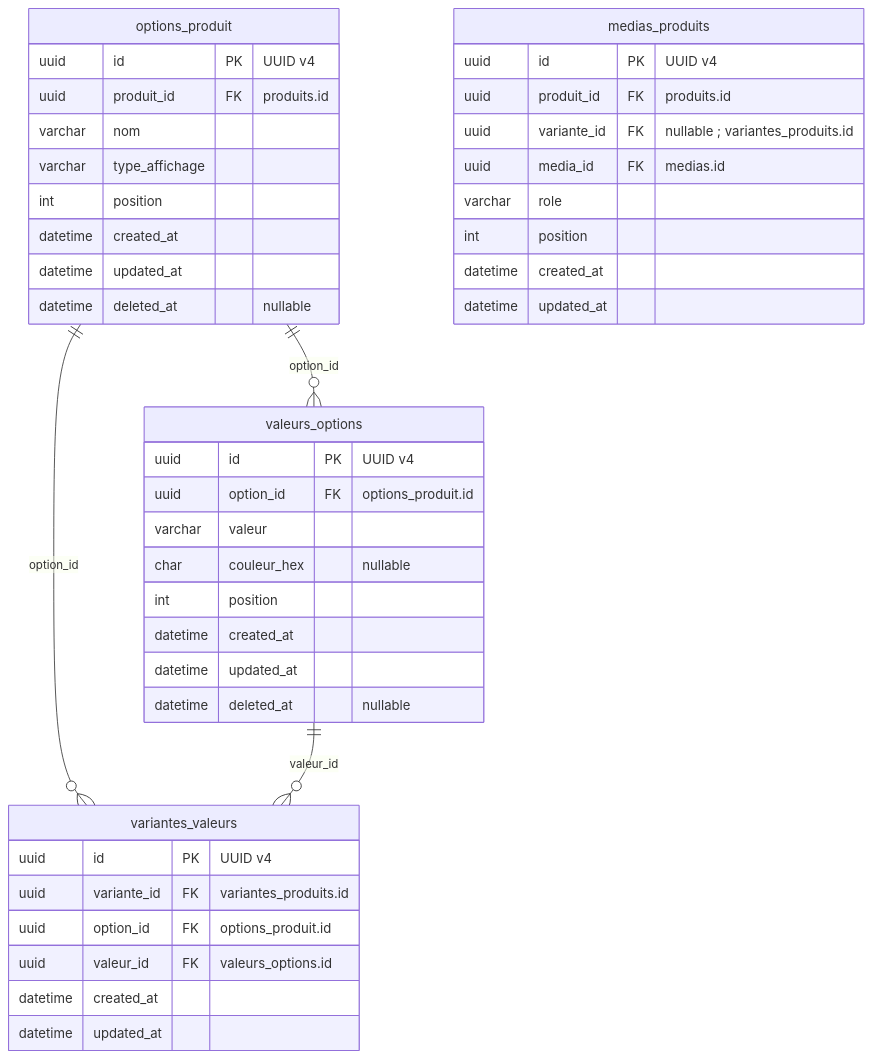
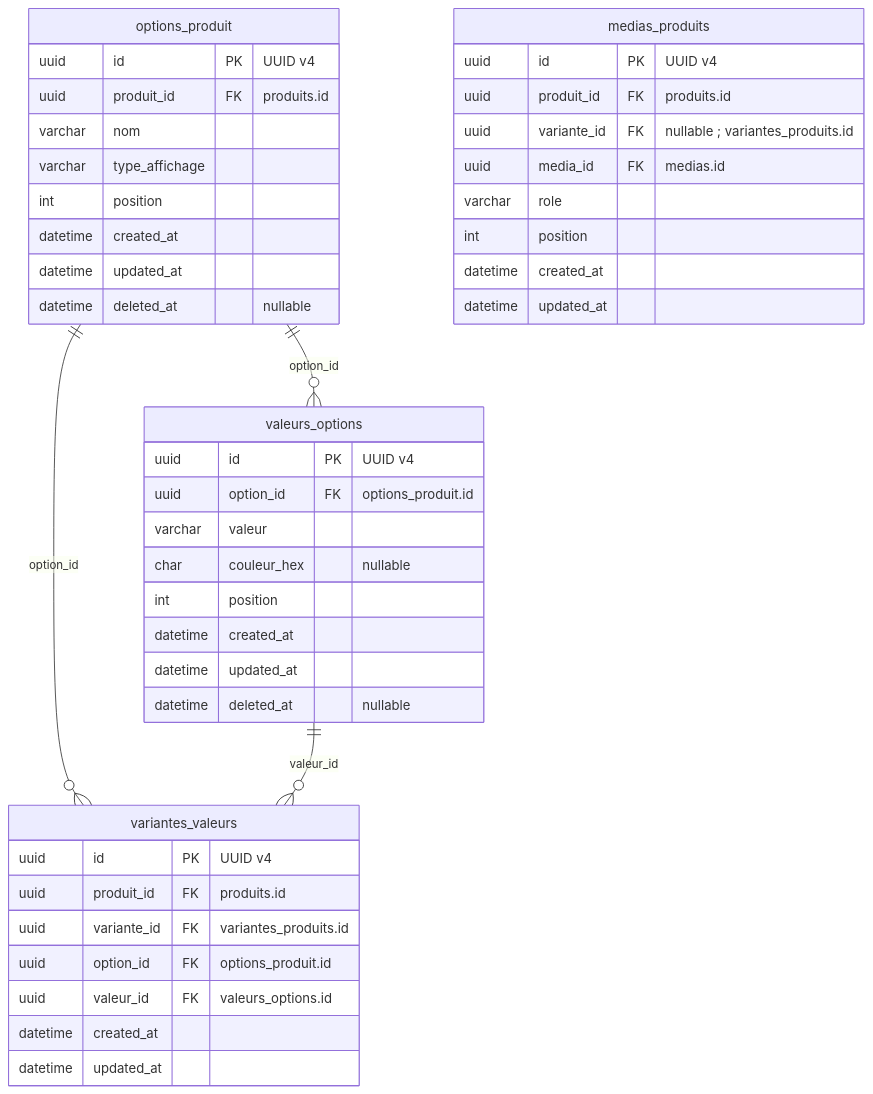
Diagram 12 of 26 in Schema-BDD-SaaS-Ecommerce-UUID.md (unitealfa/saas-ecom), drawn with Mermaid before and after one commit. The commit also changed other lines of this file, not shown here.

````diff
--- a/Schema-BDD-SaaS-Ecommerce-UUID.md
+++ b/Schema-BDD-SaaS-Ecommerce-UUID.md
@@ -744,45 +895,46 @@
 ```mermaid
 erDiagram
     direction TB
     options_produit {
         uuid id PK "UUID v4"
         uuid produit_id FK "produits.id"
         varchar nom
         varchar type_affichage
         int position
         datetime created_at
         datetime updated_at
         datetime deleted_at "nullable"
     }
     valeurs_options {
         uuid id PK "UUID v4"
         uuid option_id FK "options_produit.id"
         varchar valeur
         char couleur_hex "nullable"
         int position
         datetime created_at
         datetime updated_at
         datetime deleted_at "nullable"
     }
     variantes_valeurs {
         uuid id PK "UUID v4"
+        uuid produit_id FK "produits.id"
         uuid variante_id FK "variantes_produits.id"
         uuid option_id FK "options_produit.id"
         uuid valeur_id FK "valeurs_options.id"
         datetime created_at
         datetime updated_at
     }
     medias_produits {
         uuid id PK "UUID v4"
         uuid produit_id FK "produits.id"
         uuid variante_id FK "nullable ; variantes_produits.id"
         uuid media_id FK "medias.id"
         varchar role
         int position
         datetime created_at
         datetime updated_at
     }
     options_produit ||--o{ valeurs_options : option_id
     options_produit ||--o{ variantes_valeurs : option_id
     valeurs_options ||--o{ variantes_valeurs : valeur_id
 ```
````
